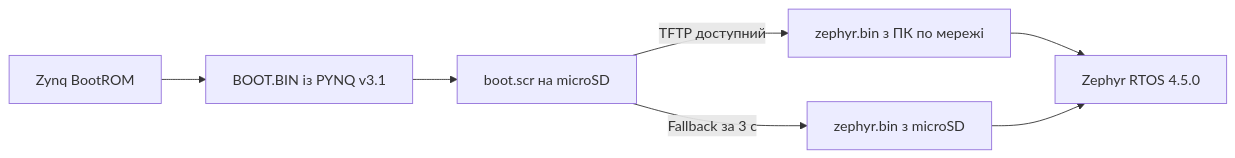
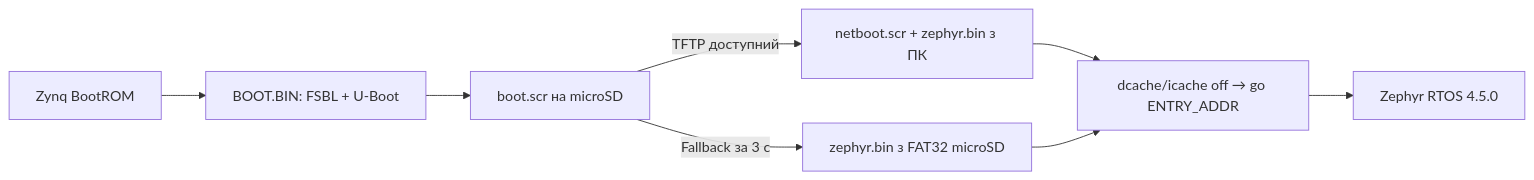
Before and after one commit to nick-fedchik/articles: the diagram in DOU/DOU-Zephyr-RTOS-on-PYNQ-Z1-without-Vivado-UA.md, drawn with Mermaid. The commit also changed other lines of this file, not shown here.

````diff
--- a/DOU/DOU-Zephyr-RTOS-on-PYNQ-Z1-without-Vivado-UA.md
+++ b/DOU/DOU-Zephyr-RTOS-on-PYNQ-Z1-without-Vivado-UA.md
@@ -19,9 +28,10 @@
 ```mermaid
 flowchart LR
-    A[Zynq BootROM] --> B[BOOT.BIN із PYNQ v3.1]
+    A[Zynq BootROM] --> B[BOOT.BIN: FSBL + U-Boot]
     B --> C[boot.scr на microSD]
-    C -->|TFTP доступний| D[zephyr.bin з ПК по мережі]
-    C -->|Fallback за 3 с| E[zephyr.bin з microSD]
-    D --> F[Zephyr RTOS 4.5.0]
+    C -->|TFTP доступний| D[netboot.scr + zephyr.bin з ПК]
+    C -->|Fallback за 3 с| E[zephyr.bin з FAT32 microSD]
+    D --> F["dcache/icache off → go ENTRY_ADDR"]
     E --> F
+    F --> G[Zephyr RTOS 4.5.0]
 ```
````
